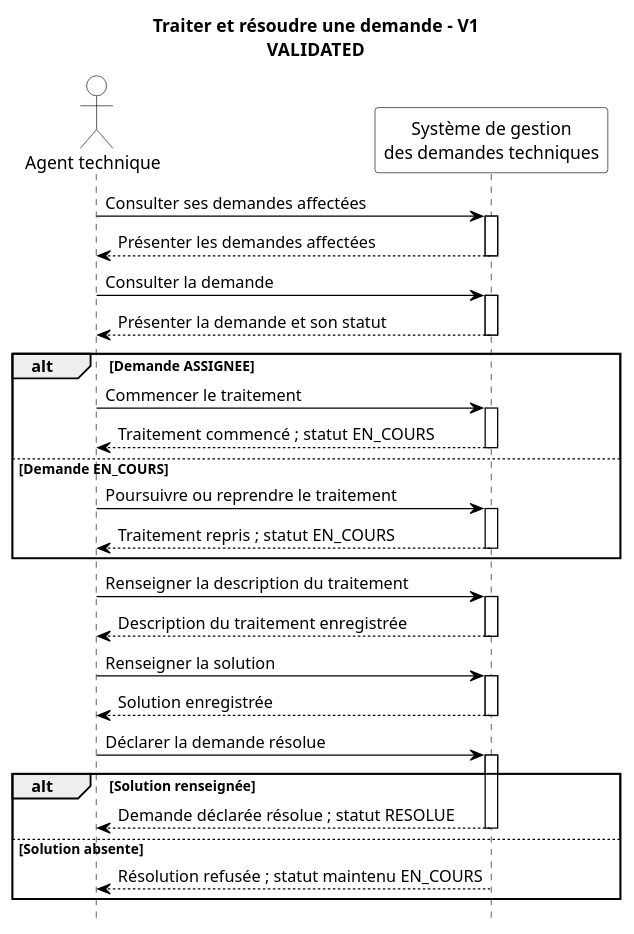
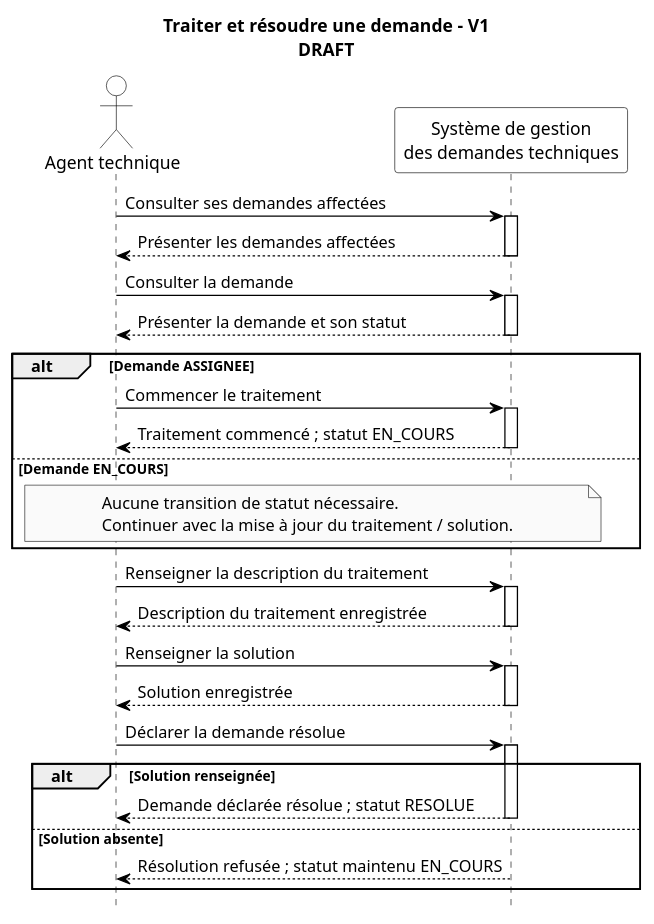
Before and after one commit to akrouty/gestion-demandes-techniques: the diagram in docs/uml/sequence/process-resolve-request-v1.puml, drawn with PlantUML. The commit also changed 9 other files, not shown here.

Commit message:
modification uml

```diff
--- a/docs/uml/sequence/process-resolve-request-v1.puml
+++ b/docs/uml/sequence/process-resolve-request-v1.puml
@@ -1,71 +1,78 @@
 @startuml
 
-' Statut : VALIDATED
-title Traiter et résoudre une demande - V1\nVALIDATED
+' Statut : DRAFT
+title Traiter et résoudre une demande - V1\nDRAFT
 
 hide footbox
+' PlantUML affiche nativement les gardes des fragments entre crochets.
 skinparam monochrome true
 skinparam shadowing false
 skinparam backgroundColor white
 skinparam sequence {
   ArrowColor black
   ActorBorderColor black
   ActorBackgroundColor white
   ActorFontColor black
   ParticipantBorderColor black
   ParticipantBackgroundColor white
   ParticipantFontColor black
   LifeLineBorderColor black
   LifeLineBackgroundColor white
   GroupBorderColor black
   GroupHeaderFontColor black
   GroupBodyBackgroundColor white
 }
 
 actor "Agent technique" as AGENT
 participant "Système de gestion\ndes demandes techniques" as SYSTEM
 
 AGENT -> SYSTEM : Consulter ses demandes affectées
 activate SYSTEM
 SYSTEM --> AGENT : Présenter les demandes affectées
 deactivate SYSTEM
 
 AGENT -> SYSTEM : Consulter la demande
 activate SYSTEM
 SYSTEM --> AGENT : Présenter la demande et son statut
 deactivate SYSTEM
 
+' Garde UML : [Demande ASSIGNEE]
+
 alt Demande ASSIGNEE
   AGENT -> SYSTEM : Commencer le traitement
   activate SYSTEM
   SYSTEM --> AGENT : Traitement commencé ; statut EN_COURS
   deactivate SYSTEM
+' Garde UML : [Demande EN_COURS]
 else Demande EN_COURS
-  AGENT -> SYSTEM : Poursuivre ou reprendre le traitement
-  activate SYSTEM
-  SYSTEM --> AGENT : Traitement repris ; statut EN_COURS
-  deactivate SYSTEM
+  note over AGENT, SYSTEM
+    Aucune transition de statut nécessaire.
+    Continuer avec la mise à jour du traitement / solution.
+  end note
 end
 
 AGENT -> SYSTEM : Renseigner la description du traitement
 activate SYSTEM
 SYSTEM --> AGENT : Description du traitement enregistrée
 deactivate SYSTEM
 
 AGENT -> SYSTEM : Renseigner la solution
 activate SYSTEM
 SYSTEM --> AGENT : Solution enregistrée
 deactivate SYSTEM
 
 AGENT -> SYSTEM : Déclarer la demande résolue
 activate SYSTEM
 
+' Garde UML : [Solution renseignée]
+
 alt Solution renseignée
   SYSTEM --> AGENT : Demande déclarée résolue ; statut RESOLUE
   deactivate SYSTEM
+' Garde UML : [Solution absente]
 else Solution absente
   SYSTEM --> AGENT : Résolution refusée ; statut maintenu EN_COURS
   deactivate SYSTEM
 end
 
 @enduml
```
